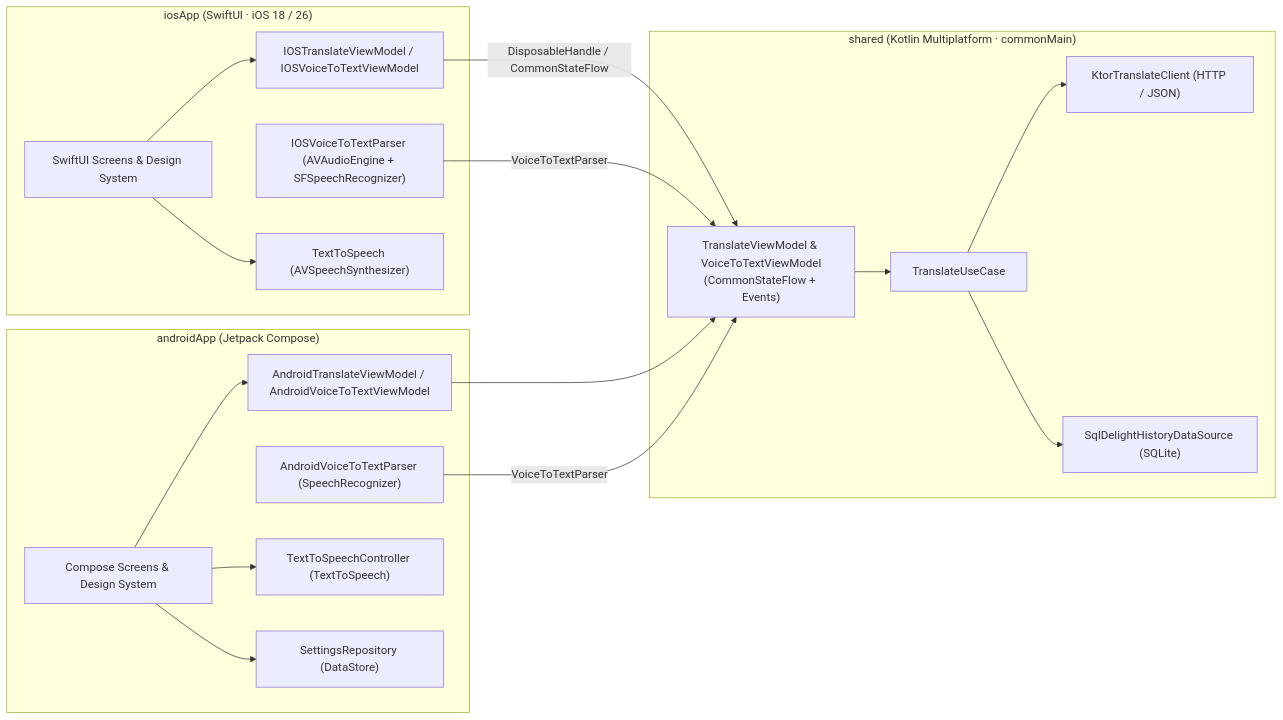
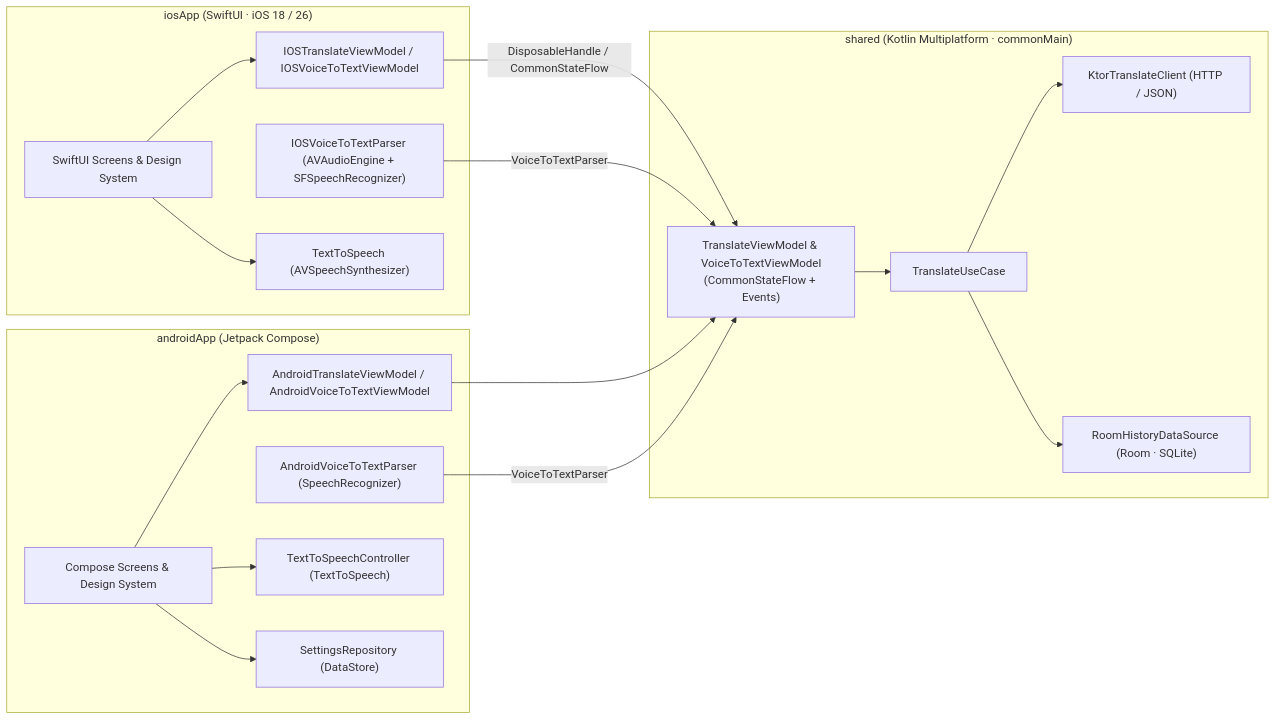
One commit to enzoftware/KMMTranslator changed the diagram in README.md. Above: the diagram before and after it, drawn with Mermaid. The commit also changed other lines of this file and 24 other files, not shown here.

First line of the commit message:
refactor(shared): migrate history persistence from SQLDelight to Room 3 KMP (#12)

````diff
--- a/README.md
+++ b/README.md
@@ -51,39 +51,39 @@
 ```mermaid
 flowchart LR
     subgraph iOS ["iosApp (SwiftUI · iOS 18 / 26)"]
         iUI["SwiftUI Screens & Design System"]
         iVM["IOSTranslateViewModel / IOSVoiceToTextViewModel"]
         iSpeech["IOSVoiceToTextParser (AVAudioEngine + SFSpeechRecognizer)"]
         iTTS["TextToSpeech (AVSpeechSynthesizer)"]
     end
 
     subgraph Shared ["shared (Kotlin Multiplatform · commonMain)"]
         sVM["TranslateViewModel & VoiceToTextViewModel\n(CommonStateFlow + Events)"]
         sUC["TranslateUseCase"]
         sNet["KtorTranslateClient (HTTP / JSON)"]
-        sDB["SqlDelightHistoryDataSource (SQLite)"]
+        sDB["RoomHistoryDataSource (Room · SQLite)"]
     end
 
     subgraph Android ["androidApp (Jetpack Compose)"]
         aUI["Compose Screens & Design System"]
         aVM["AndroidTranslateViewModel / AndroidVoiceToTextViewModel"]
         aSpeech["AndroidVoiceToTextParser (SpeechRecognizer)"]
         aTTS["TextToSpeechController (TextToSpeech)"]
         aSettings["SettingsRepository (DataStore)"]
     end
 
     iUI --> iVM
     iUI --> iTTS
     iVM -->|"DisposableHandle / CommonStateFlow"| sVM
     iSpeech -->|"VoiceToTextParser"| sVM
 
     aUI --> aVM
     aUI --> aTTS
     aUI --> aSettings
     aVM --> sVM
     aSpeech -->|"VoiceToTextParser"| sVM
 
     sVM --> sUC
     sUC --> sNet
     sUC --> sDB
 ```
````
